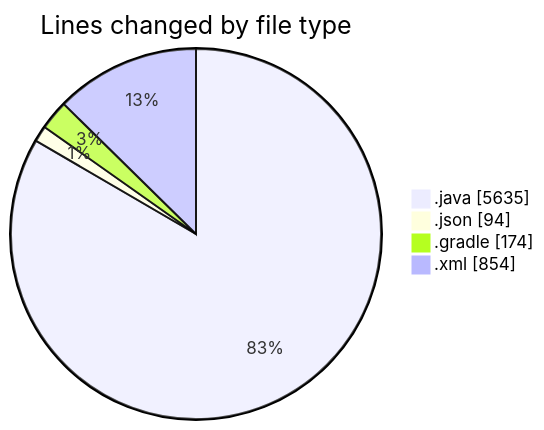
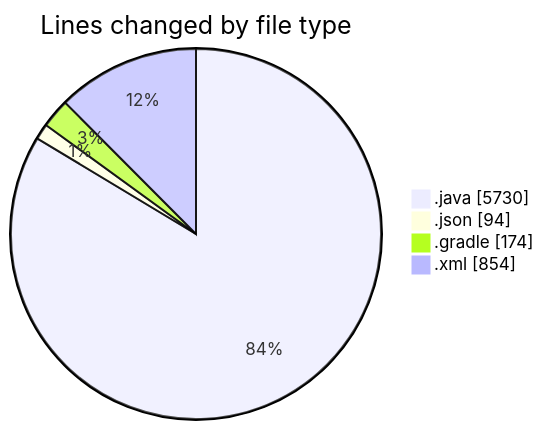
The first of 2 diagrams in 2025-02-22/micros/README.md (charlie-sans/code-tracking), drawn with Mermaid before and after one commit. The commit also changed other lines of this file and 1 other file, not shown here.

````diff
--- a/2025-02-22/micros/README.md
+++ b/2025-02-22/micros/README.md
@@ -62,8 +62,8 @@
 ```mermaid
 pie showData
 title Lines changed by file type
-".java" : 5635
+".java" : 5730
 ".json" : 94
 ".gradle" : 174
 ".xml" : 854
 ```
````
